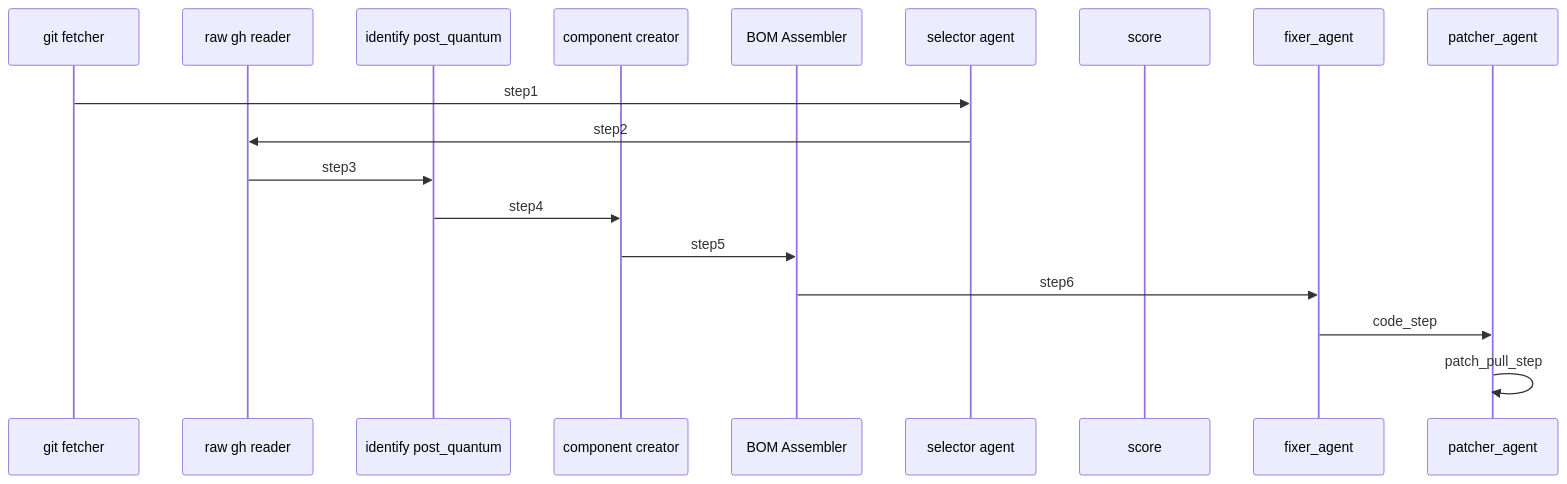
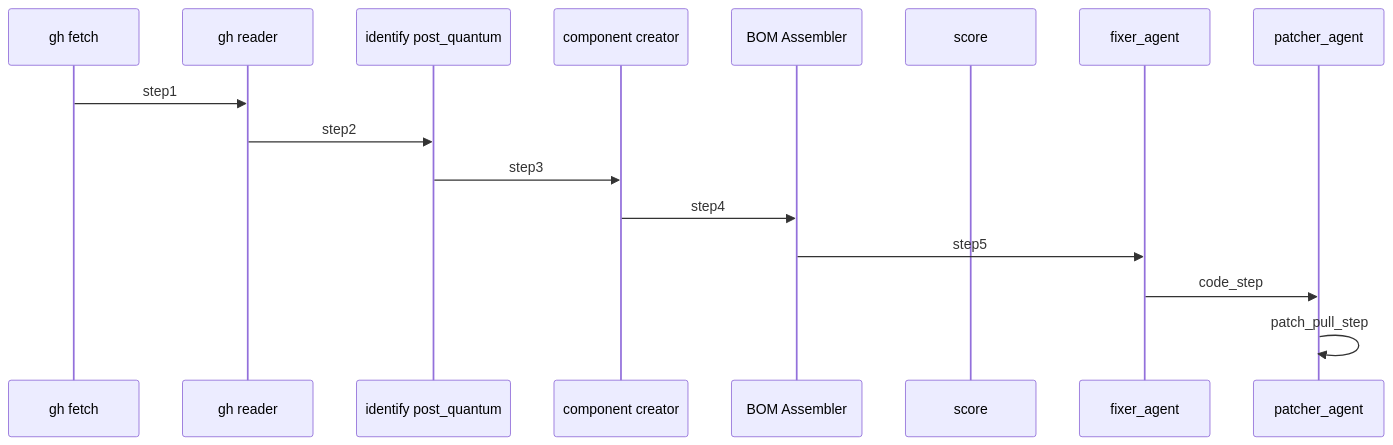
The diagram in demos/workflows/cbom.ai/README.md (maximilien/maestro), drawn with Mermaid before and after one commit. The commit also changed 2 other files, not shown here.

Commit message:
demo:make raw reader code agent (#524)
* make raw reader code agent

* update mermaid

````diff
--- a/demos/workflows/cbom.ai/README.md
+++ b/demos/workflows/cbom.ai/README.md
@@ -90,20 +90,18 @@
 ```mermaid
 sequenceDiagram
-participant git fetcher
-participant raw gh reader
+participant gh fetch
+participant gh reader
 participant identify post_quantum
 participant component creator
 participant BOM Assembler
-participant selector agent
 participant score
 participant fixer_agent
 participant patcher_agent
-git fetcher->>selector agent: step1
-selector agent->>raw gh reader: step2
-raw gh reader->>identify post_quantum: step3
-identify post_quantum->>component creator: step4
-component creator->>BOM Assembler: step5
-BOM Assembler->>fixer_agent: step6
+gh fetch->>gh reader: step1
+gh reader->>identify post_quantum: step2
+identify post_quantum->>component creator: step3
+component creator->>BOM Assembler: step4
+BOM Assembler->>fixer_agent: step5
 fixer_agent->>patcher_agent: code_step
 patcher_agent->>patcher_agent: patch_pull_step
 ```
````
